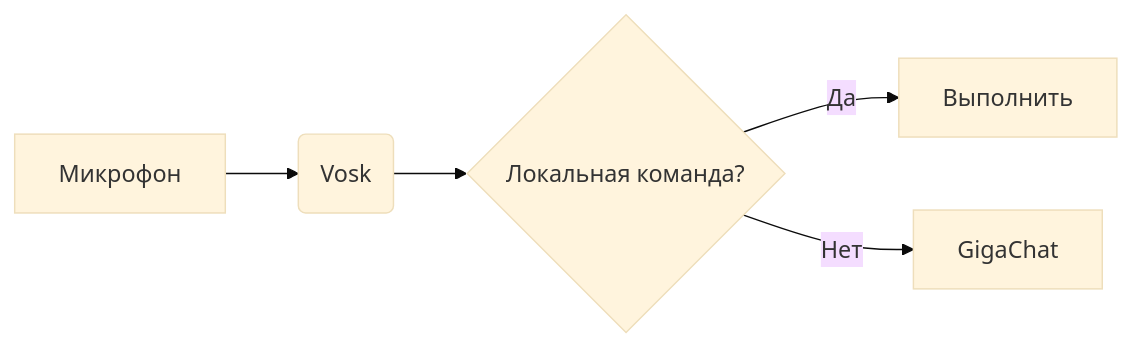
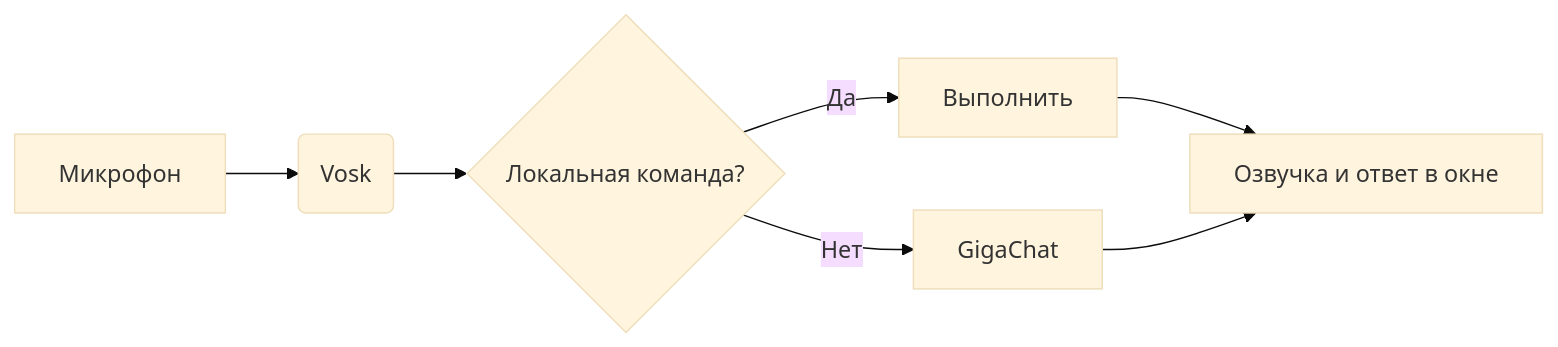
The diagram in README.md (Inlerno/Voice_Assistant), drawn with Mermaid (base theme) before and after one commit. The commit also changed other lines of this file and 12 other files, not shown here.

````diff
--- a/README.md
+++ b/README.md
@@ -191,7 +330,9 @@
 ```mermaid
-graph LR  
-  A[Микрофон] --> B(Vosk)  
-  B --> C{Локальная команда?}  
-  C -->|Да| D[Выполнить]  
+graph LR
+  A[Микрофон] --> B(Vosk)
+  B --> C{Локальная команда?}
+  C -->|Да| D[Выполнить]
   C -->|Нет| E[ GigaChat]
-```  
+  D --> F[Озвучка и ответ в окне]
+  E --> F
+```
````
